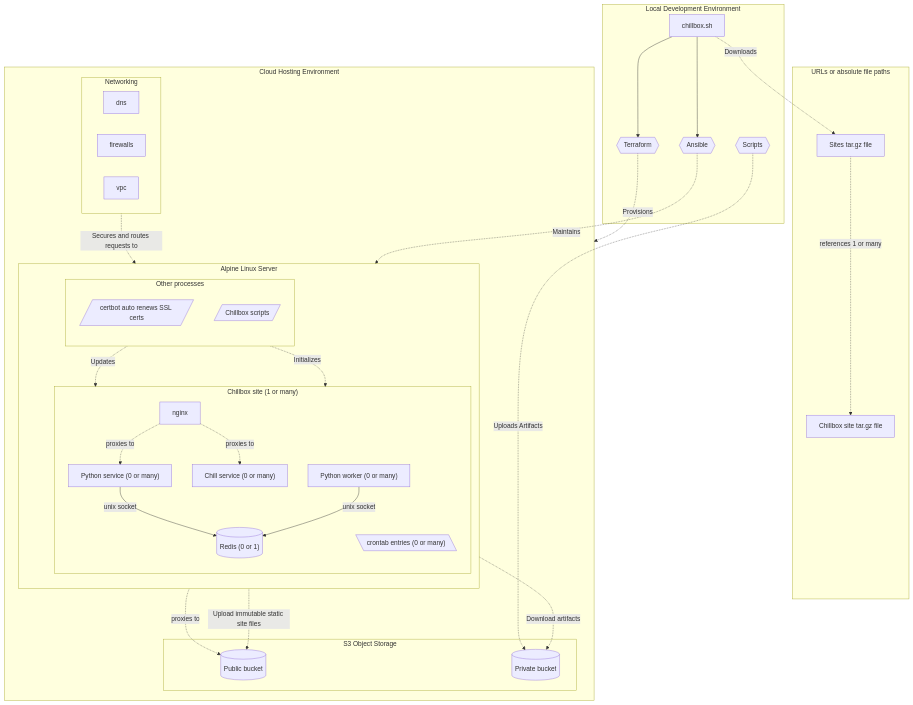
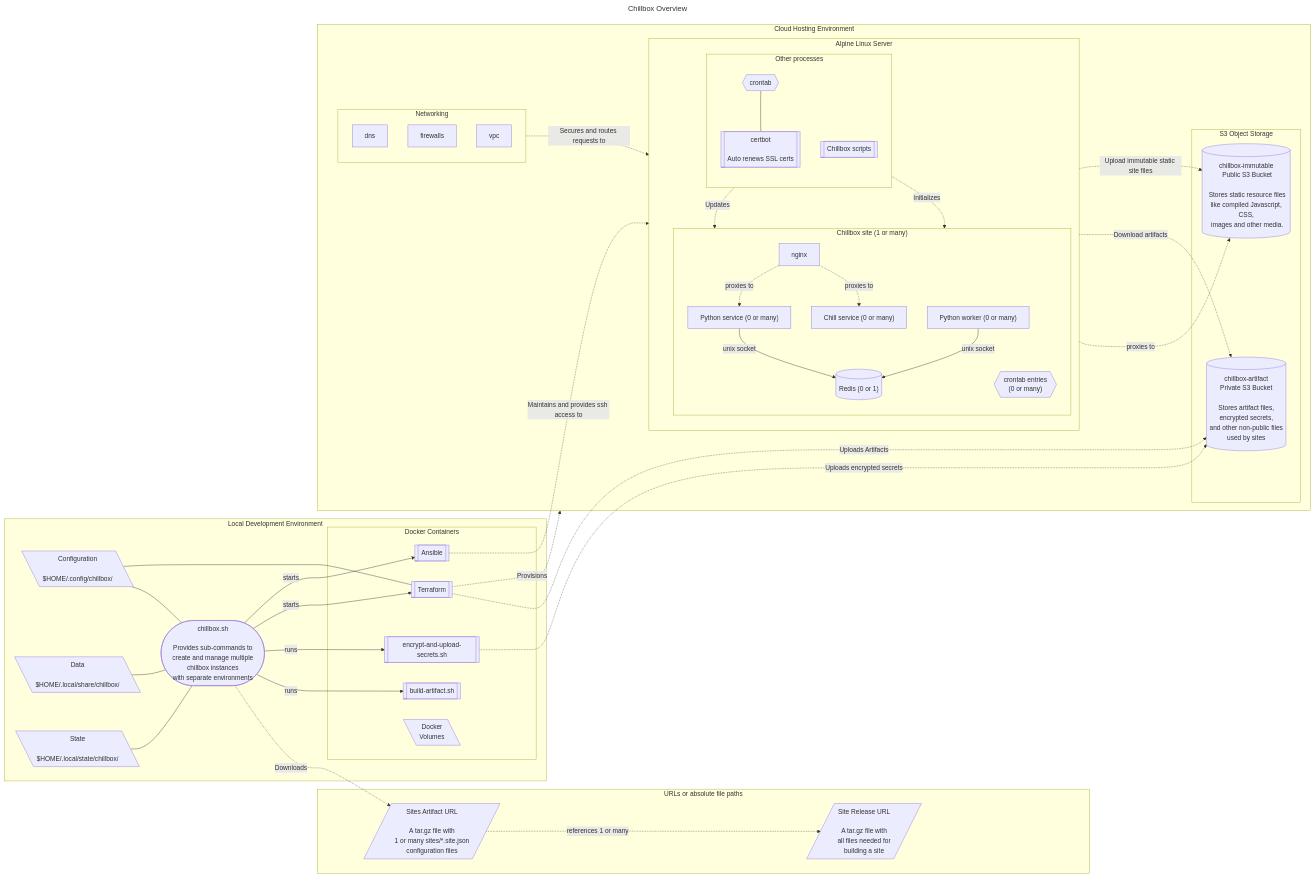
One commit to jkenlooper/chillbox changed the diagram in docs/diagrams/overview.mmd. Above: the diagram before and after it, drawn with Mermaid.

Commit message:
Clean uo overview diagram

```diff
--- a/docs/diagrams/overview.mmd
+++ b/docs/diagrams/overview.mmd
@@ -1,61 +1,106 @@
-flowchart
-    subgraph outside[URLs or absolute file paths]
-        sites_artifact[Sites tar.gz file]
-        site_artifact[Chillbox site tar.gz file]
-        sites_artifact-. references 1 or many .->site_artifact
+---
+title: Chillbox Overview
+---
+
+%%{
+  init: {
+    'theme':'default',
+    'themeVariables': {
+    }
+  }
+}%%
+
+flowchart LR
+
+  %% SITES_ARTIFACT_URL is all uppercase to match how it is used in Chillbox.
+  %% The site_release_url is kept lowercase on purpose since it is not used as an
+  %% environment variable.
+  SITES_ARTIFACT_URL[/"Sites Artifact URL\n\n A tar.gz file with\n 1 or many sites/*.site.json\n configuration files"/]
+  site_release_url[/"Site Release URL\n\n A tar.gz file with\n all files needed for\n building a site"/]
+
+
+  chillbox_script(["chillbox.sh\n\n Provides sub-commands to\n create and manage multiple\n chillbox instances\n with separate environments"])
+  terraform_container[["Terraform"]]
+  ansible_container[["Ansible"]]
+  build_artifacts_script[["build-artifact.sh"]]
+  encrypt_and_upload_secrets_script[["encrypt-and-upload-secrets.sh"]]
+  local_configuration[\"Configuration\n\n$HOME/.config/chillbox/"\]
+  local_data[\"Data\n\n$HOME/.local/share/chillbox/"\]
+  local_state[\"State\n\n$HOME/.local/state/chillbox/"\]
+  local_docker_volumes[\"Docker\n Volumes"\]
+
+  public_s3_bucket[("chillbox-immutable\n Public S3 Bucket\n\n Stores static resource files\n like compiled Javascript, CSS,\n images and other media.")]
+  private_s3_bucket[("chillbox-artifact\n Private S3 Bucket\n\n Stores artifact files,\n encrypted secrets,\n and other non-public files\n used by sites")]
+
+  subgraph outside[URLs or absolute file paths]
+    SITES_ARTIFACT_URL
+    site_release_url
+    SITES_ARTIFACT_URL-. references 1 or many .->site_release_url
+  end
+
+  subgraph local_dev_env[Local Development Environment]
+    local_configuration --- chillbox_script
+    local_configuration --- terraform_container
+    local_data --- chillbox_script
+    local_state --- chillbox_script
+    chillbox_script -. Downloads .-> SITES_ARTIFACT_URL
+    subgraph local_docker["Docker Containers"]
+      local_docker_volumes
+      build_artifacts_script
+      encrypt_and_upload_secrets_script
+      terraform_container
+      ansible_container
     end
-
-    subgraph local_dev[Local Development Environment]
-        chillbox_script[chillbox.sh]
-        terraform{{"Terraform"}}
-        ansible{{"Ansible"}}
-        scripts_local{{"Scripts"}}
-        chillbox_script -. Downloads .-> sites_artifact
-        chillbox_script --> terraform
-        chillbox_script --> ansible
-    end
+      chillbox_script --> |runs| build_artifacts_script
+      chillbox_script --> |runs| encrypt_and_upload_secrets_script
+      chillbox_script --> |starts| terraform_container
+      chillbox_script --> |starts| ansible_container
+  end
 
     subgraph remote[Cloud Hosting Environment]
+      encrypt_and_upload_secrets_script -.-> |Uploads encrypted secrets| private_s3_bucket
         subgraph s3[S3 Object Storage]
-            public[(Public bucket)]
-            private[(Private bucket)]
+            public_s3_bucket
+            private_s3_bucket
         end
         subgraph networking[Networking]
             dns
             firewalls
             vpc
         end
         subgraph compute[Alpine Linux Server]
           direction TB
             subgraph site["Chillbox site (1 or many)"]
                 nginx
                 chill["Chill service (0 or many)"]
                 redis[("Redis (0 or 1)")]
                 python_s["Python service (0 or many)"]
                 python_w["Python worker (0 or many)"]
-                site_crontab[\"crontab entries (0 or many)"\]
+                site_crontab{{"crontab entries\n (0 or many)"}}
 
-                nginx -. proxies to .-> public
+                nginx -. proxies to .-> public_s3_bucket
                 nginx -. proxies to .-> python_s
                 nginx -. proxies to .-> chill
 
                 python_s -- unix socket --> redis
                 python_w -- unix socket --> redis
             end
             subgraph cbprocesses["Other processes"]
               direction TB
-                certbot[/"certbot auto renews SSL certs"/]
-                cb_scripts[/"Chillbox scripts"/]
+                certbot[["certbot\n\n Auto renews SSL certs"]]
+                cb_scripts[["Chillbox scripts"]]
+                chillbox_crontab{{"crontab"}}
+              chillbox_crontab --- certbot
             end
         end
         networking -. Secures and routes requests to .-> compute
-        cb_scripts -. Download artifacts .-> private
-        cb_scripts -. Upload immutable static site files .-> public
+        cb_scripts -. Download artifacts .-> private_s3_bucket
+        cb_scripts -. Upload immutable static site files .-> public_s3_bucket
         cb_scripts -. Updates .-> site
         cb_scripts -. Initializes .-> site
 
     end
 
-    terraform -. Provisions .-> remote
-    ansible -. Maintains .-> compute
-    scripts_local -. Uploads Artifacts .-> private
+    terraform_container -. Provisions .-> remote
+    terraform_container -. Uploads Artifacts .-> private_s3_bucket
+    ansible_container -. Maintains and provides ssh access to .-> compute
```
